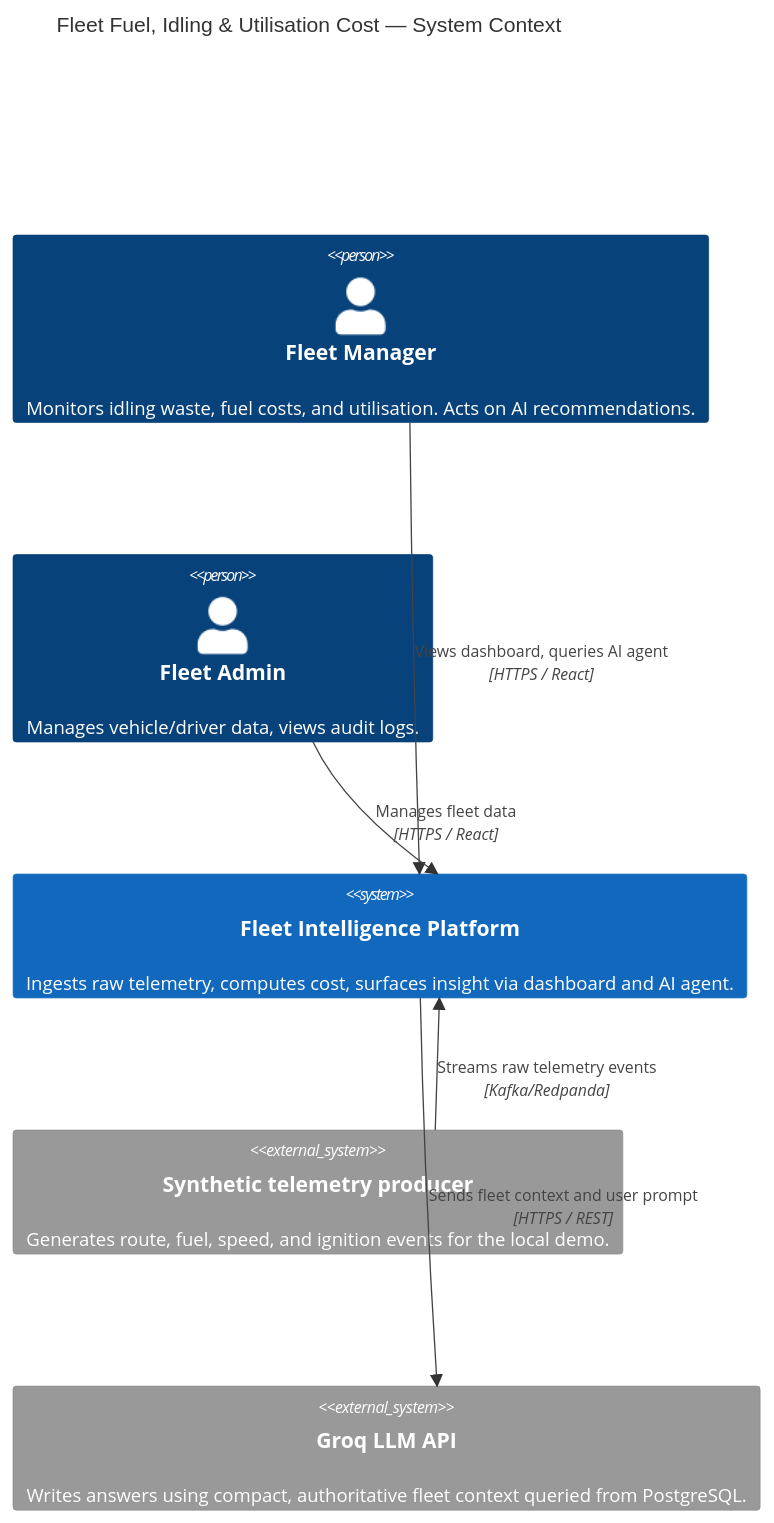
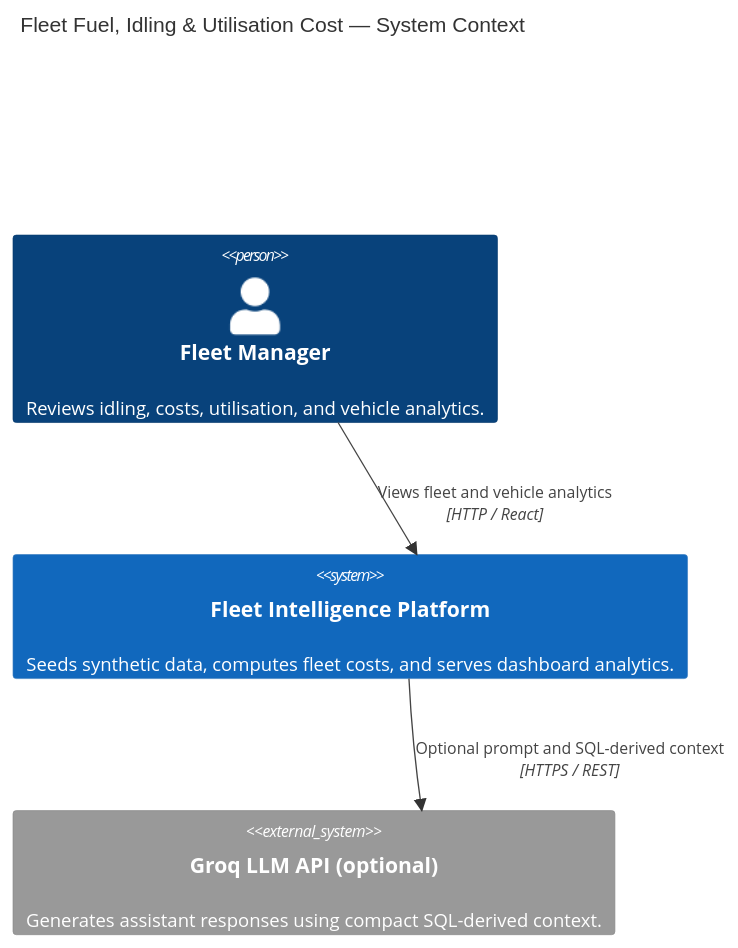
Before and after one commit to KT2006/Motorq-Hackathon: the first of 8 diagrams in docs/architecture.md, drawn with Mermaid. The commit also changed other lines of this file and 8 other files, not shown here.

````diff
--- a/docs/architecture.md
+++ b/docs/architecture.md
@@ -10,17 +10,13 @@
 ```mermaid
 C4Context
     title Fleet Fuel, Idling & Utilisation Cost — System Context
 
-    Person(fm, "Fleet Manager", "Monitors idling waste, fuel costs, and utilisation. Acts on AI recommendations.")
-    Person(admin, "Fleet Admin", "Manages vehicle/driver data, views audit logs.")
+    Person(fm, "Fleet Manager", "Reviews idling, costs, utilisation, and vehicle analytics.")
 
-    System(sys, "Fleet Intelligence Platform", "Ingests raw telemetry, computes cost, surfaces insight via dashboard and AI agent.")
+    System(sys, "Fleet Intelligence Platform", "Seeds synthetic data, computes fleet costs, and serves dashboard analytics.")
 
-    System_Ext(telematics, "Synthetic telemetry producer", "Generates route, fuel, speed, and ignition events for the local demo.")
-    System_Ext(groq, "Groq LLM API", "Writes answers using compact, authoritative fleet context queried from PostgreSQL.")
+    System_Ext(groq, "Groq LLM API (optional)", "Generates assistant responses using compact SQL-derived context.")
 
-    Rel(telematics, sys, "Streams raw telemetry events", "Kafka/Redpanda")
-    Rel(fm, sys, "Views dashboard, queries AI agent", "HTTPS / React")
-    Rel(admin, sys, "Manages fleet data", "HTTPS / React")
-    Rel(sys, groq, "Sends fleet context and user prompt", "HTTPS / REST")
+    Rel(fm, sys, "Views fleet and vehicle analytics", "HTTP / React")
+    Rel(sys, groq, "Optional prompt and SQL-derived context", "HTTPS / REST")
 ```
````
